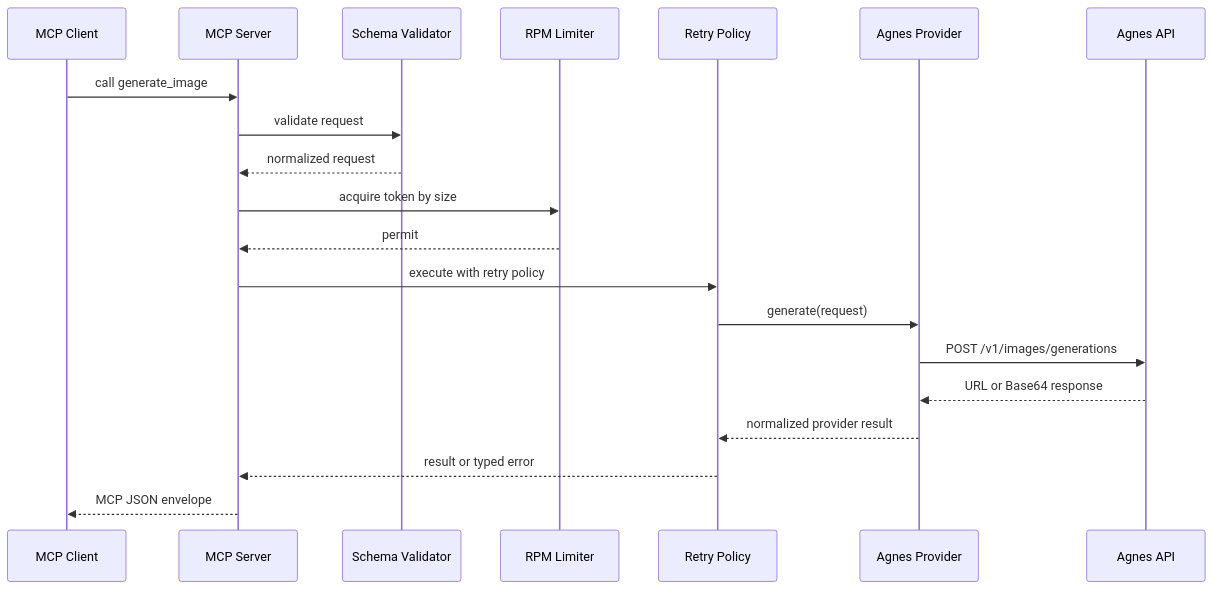
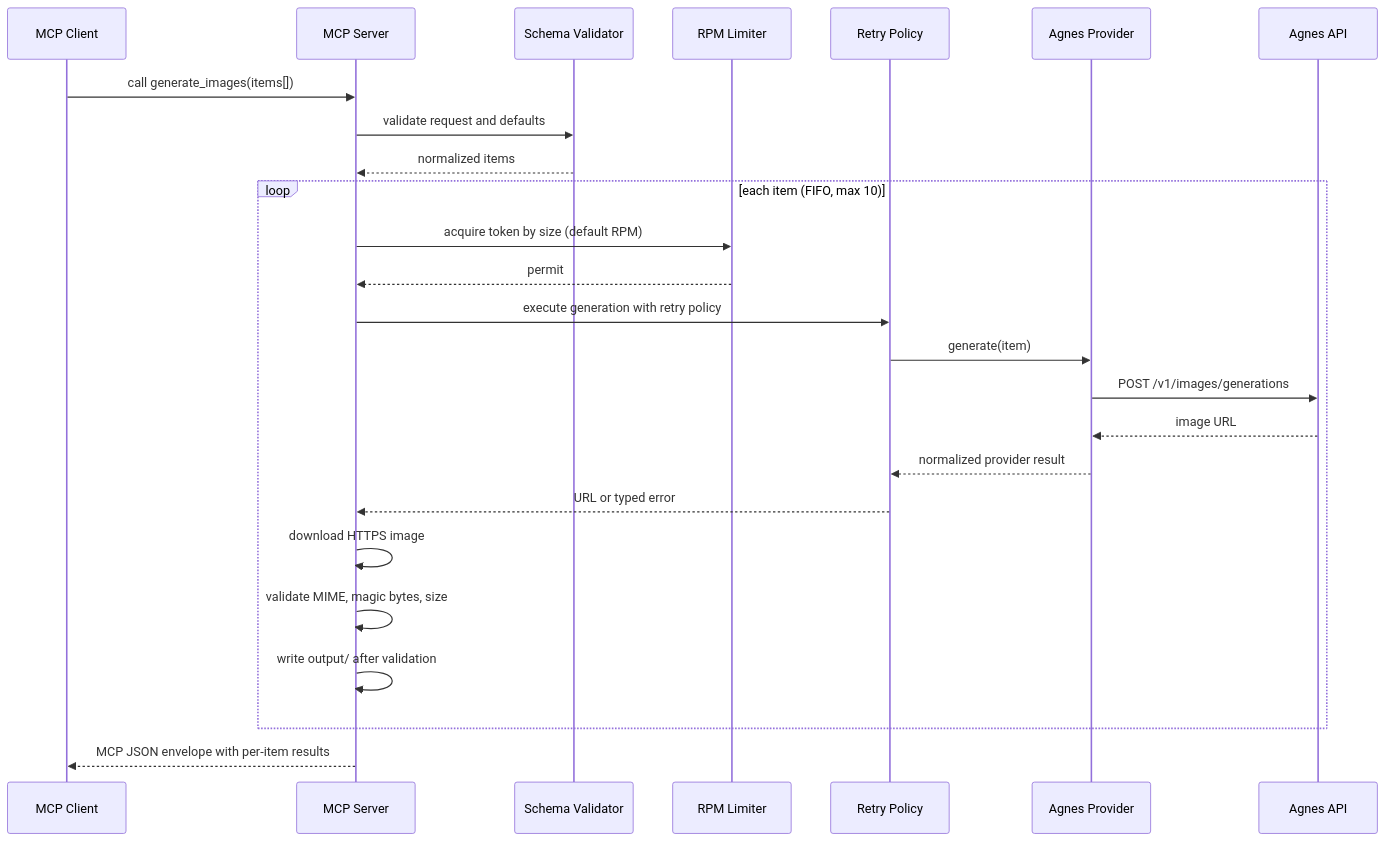
One commit to ybd0612/agnes-image-mcp changed the diagram in docs/sequence-diagram.mermaid. Above: the diagram before and after it, drawn with Mermaid. The commit also changed 16 other files, not shown here.

```diff
--- a/docs/sequence-diagram.mermaid
+++ b/docs/sequence-diagram.mermaid
@@ -1,21 +1,26 @@
 sequenceDiagram
     participant C as MCP Client
     participant S as MCP Server
     participant V as Schema Validator
     participant L as RPM Limiter
     participant R as Retry Policy
     participant P as Agnes Provider
     participant A as Agnes API
 
-    C->>S: call generate_image
-    S->>V: validate request
-    V-->>S: normalized request
-    S->>L: acquire token by size
-    L-->>S: permit
-    S->>R: execute with retry policy
-    R->>P: generate(request)
-    P->>A: POST /v1/images/generations
-    A-->>P: URL or Base64 response
-    P-->>R: normalized provider result
-    R-->>S: result or typed error
-    S-->>C: MCP JSON envelope
+    C->>S: call generate_images(items[])
+    S->>V: validate request and defaults
+    V-->>S: normalized items
+    loop each item (FIFO, max 10)
+      S->>L: acquire token by size (default RPM)
+      L-->>S: permit
+      S->>R: execute generation with retry policy
+      R->>P: generate(item)
+      P->>A: POST /v1/images/generations
+      A-->>P: image URL
+      P-->>R: normalized provider result
+      R-->>S: URL or typed error
+      S->>S: download HTTPS image
+      S->>S: validate MIME, magic bytes, size
+      S->>S: write output/ after validation
+    end
+    S-->>C: MCP JSON envelope with per-item results
```
